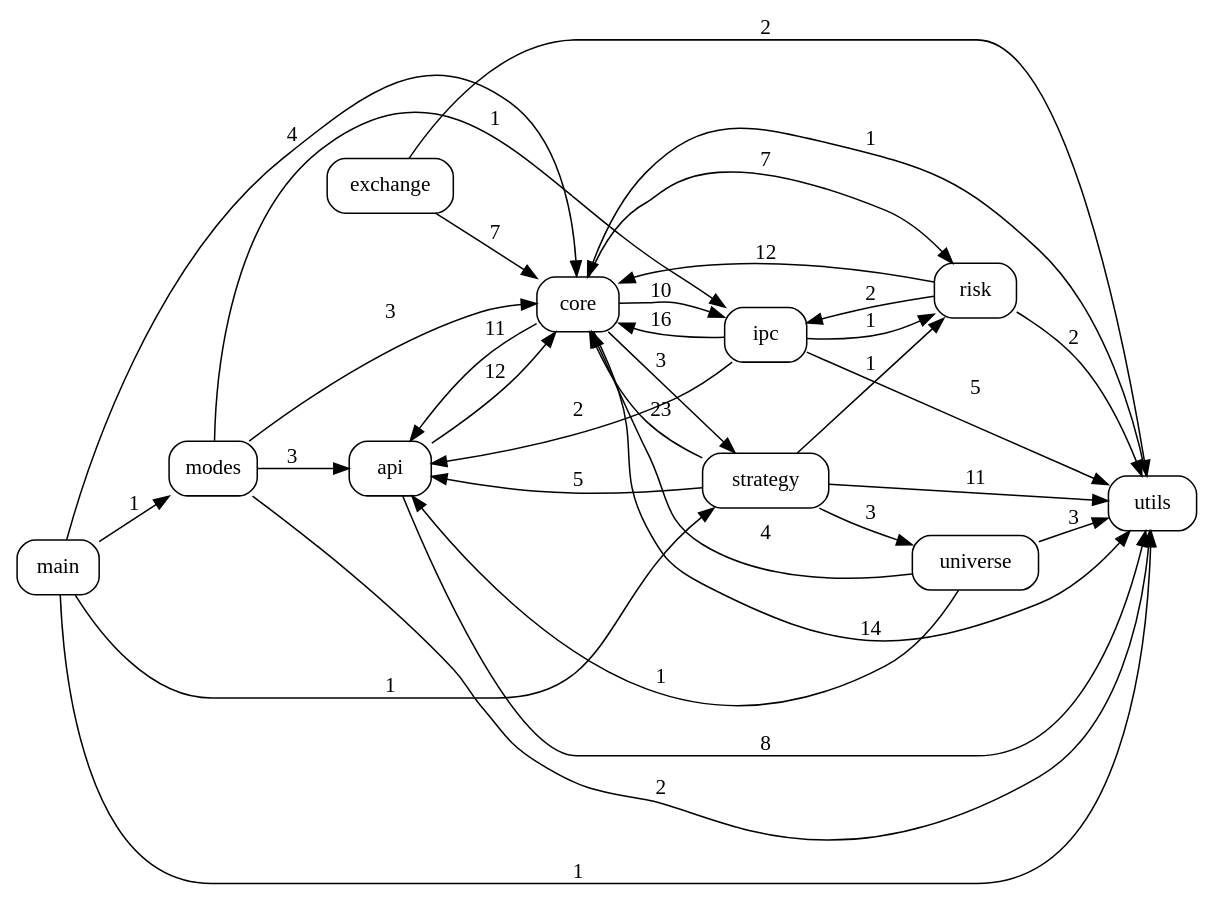
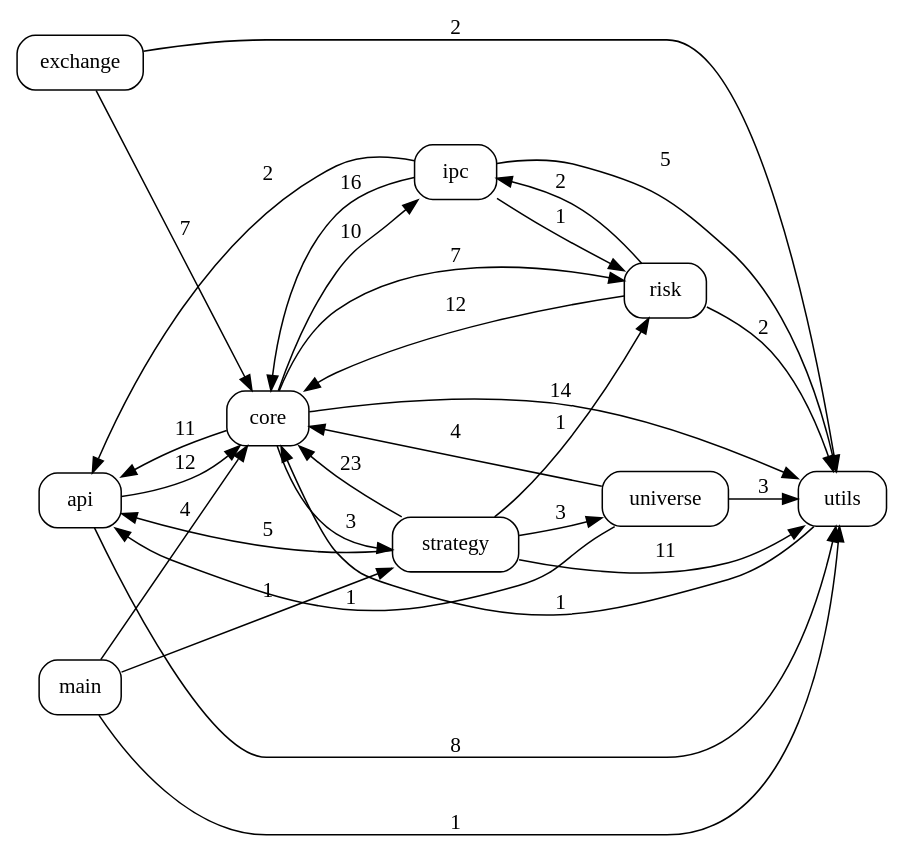
Before and after one commit to pypy8171/Quant: the diagram in docs/code_graph.dot, drawn with Graphviz. The commit also changed 33 other files, not shown here.

```diff
--- a/docs/code_graph.dot
+++ b/docs/code_graph.dot
@@ -1,47 +1,41 @@
 digraph code_graph {
   rankdir=LR;
   node [shape=box, style=rounded, fontname="Consolas"];
   "api";
   "core";
   "exchange";
   "ipc";
   "main";
-  "modes";
   "risk";
   "strategy";
   "universe";
   "utils";
   "api" -> "core" [label="12"];
   "api" -> "utils" [label="8"];
   "core" -> "api" [label="11"];
   "core" -> "ipc" [label="10"];
   "core" -> "risk" [label="7"];
   "core" -> "strategy" [label="3"];
   "core" -> "utils" [label="14"];
   "exchange" -> "core" [label="7"];
   "exchange" -> "utils" [label="2"];
   "ipc" -> "api" [label="2"];
   "ipc" -> "core" [label="16"];
   "ipc" -> "risk" [label="1"];
   "ipc" -> "utils" [label="5"];
   "main" -> "core" [label="4"];
-  "main" -> "modes" [label="1"];
   "main" -> "strategy" [label="1"];
   "main" -> "utils" [label="1"];
-  "modes" -> "api" [label="3"];
-  "modes" -> "core" [label="3"];
-  "modes" -> "ipc" [label="1"];
-  "modes" -> "utils" [label="2"];
   "risk" -> "core" [label="12"];
   "risk" -> "ipc" [label="2"];
   "risk" -> "utils" [label="2"];
   "strategy" -> "api" [label="5"];
   "strategy" -> "core" [label="23"];
   "strategy" -> "risk" [label="1"];
   "strategy" -> "universe" [label="3"];
   "strategy" -> "utils" [label="11"];
   "universe" -> "api" [label="1"];
   "universe" -> "core" [label="4"];
   "universe" -> "utils" [label="3"];
   "utils" -> "core" [label="1"];
 }
```
